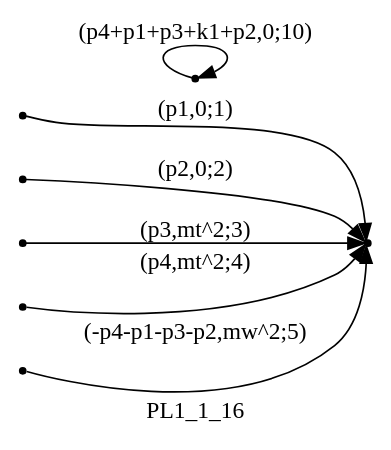
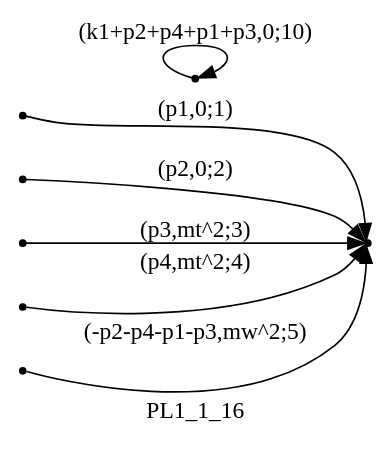
The diagram in 1loopAmplitude/Reduze/graphs/PL1/all/PL1_1_16.dot (UsHnBaGp/Wtt), drawn with Graphviz before and after one commit. The commit also changed 112 other files, not shown here.

```diff
--- a/1loopAmplitude/Reduze/graphs/PL1/all/PL1_1_16.dot
+++ b/1loopAmplitude/Reduze/graphs/PL1/all/PL1_1_16.dot
@@ -1,20 +1,20 @@
 digraph PL1_1_16 {
   label="PL1_1_16";
   rankdir="LR";
   subgraph edges {
     -1 -> 1 [label="(p1,0;1)"];
     -2 -> 1 [label="(p2,0;2)"];
     -3 -> 1 [label="(p3,mt^2;3)"];
     -4 -> 1 [label="(p4,mt^2;4)"];
-    -5 -> 1 [label="(-p4-p1-p3-p2,mw^2;5)"];
-    2 -> 2 [label="(p4+p1+p3+k1+p2,0;10)"];
+    -5 -> 1 [label="(-p2-p4-p1-p3,mw^2;5)"];
+    2 -> 2 [label="(k1+p2+p4+p1+p3,0;10)"];
   }
   subgraph incoming { rank="source"; -1; -2; -3; -4; -5; }
 -5 [shape=point];
 -4 [shape=point];
 -3 [shape=point];
 -2 [shape=point];
 -1 [shape=point];
 1 [shape=point];
 2 [shape=point];
 }
```
